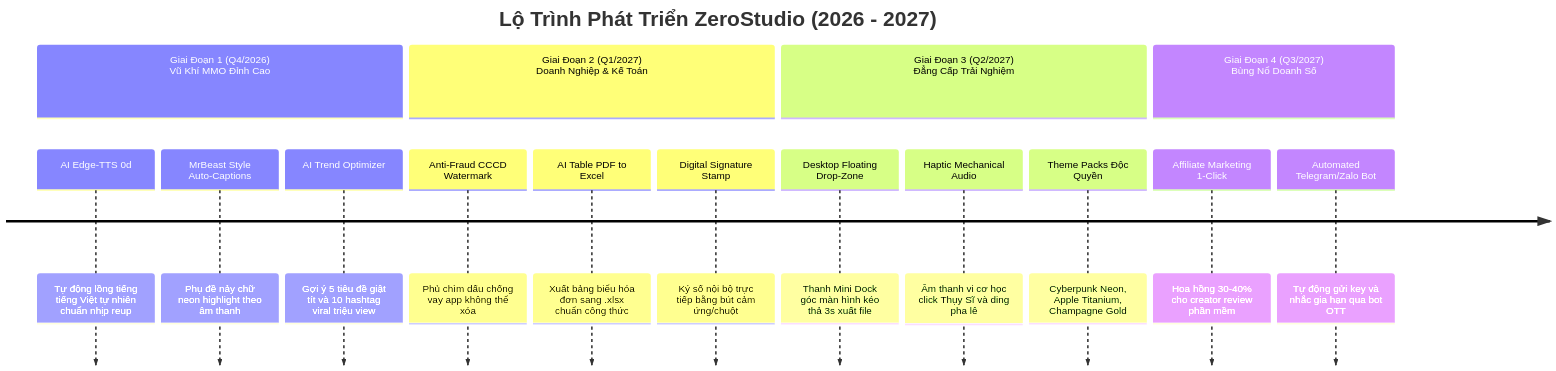
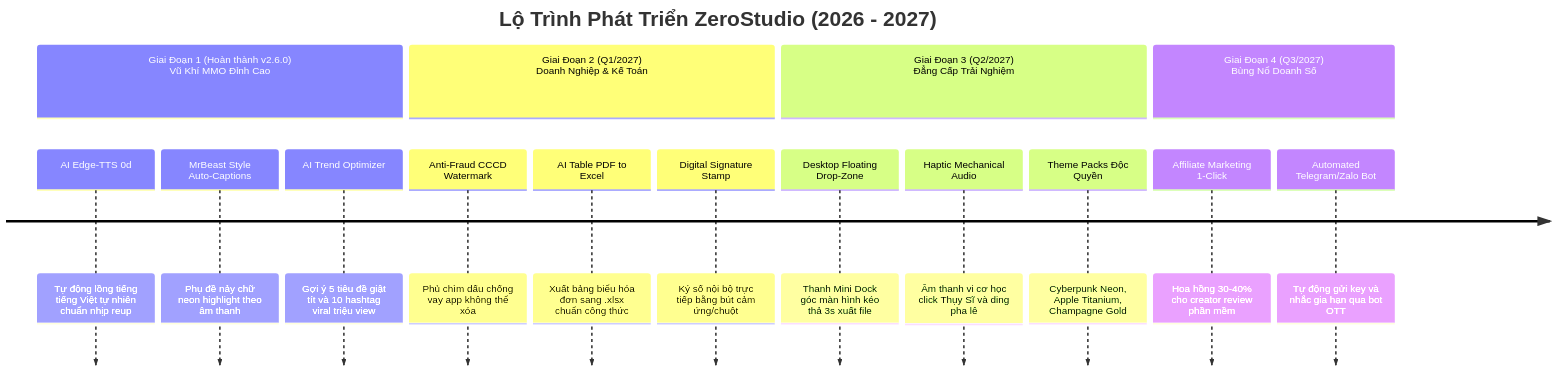
The diagram in ROADMAP.md (yungfishin/Zerostudio), drawn with Mermaid before and after one commit. The commit also changed other lines of this file and 7 other files, not shown here.

Commit message:
feat(v2.6.0): complete Roadmap Phase 1 MMO Viral Suite with Edge-TTS, MrBeast subtitles and AI Trend Optimizer

````diff
--- a/ROADMAP.md
+++ b/ROADMAP.md
@@ -29,19 +30,19 @@
 ```mermaid
 timeline
     title Lộ Trình Phát Triển ZeroStudio (2026 - 2027)
-    section Giai Đoạn 1 (Q4/2026)<br>Vũ Khí MMO Đỉnh Cao
+    section Giai Đoạn 1 (Hoàn thành v2.6.0)<br>Vũ Khí MMO Đỉnh Cao
         AI Edge-TTS 0d : Tự động lồng tiếng tiếng Việt tự nhiên chuẩn nhịp reup
         MrBeast Style Auto-Captions : Phụ đề nảy chữ neon highlight theo âm thanh
         AI Trend Optimizer : Gợi ý 5 tiêu đề giật tít và 10 hashtag viral triệu view
     section Giai Đoạn 2 (Q1/2027)<br>Doanh Nghiệp & Kế Toán
         Anti-Fraud CCCD Watermark : Phủ chìm dấu chống vay app không thể xóa
         AI Table PDF to Excel : Xuất bảng biểu hóa đơn sang .xlsx chuẩn công thức
         Digital Signature Stamp : Ký số nội bộ trực tiếp bằng bút cảm ứng/chuột
     section Giai Đoạn 3 (Q2/2027)<br>Đẳng Cấp Trải Nghiệm
         Desktop Floating Drop-Zone : Thanh Mini Dock góc màn hình kéo thả 3s xuất file
         Haptic Mechanical Audio : Âm thanh vi cơ học click Thụy Sĩ và ding pha lê
         Theme Packs Độc Quyền : Cyberpunk Neon, Apple Titanium, Champagne Gold
     section Giai Đoạn 4 (Q3/2027)<br>Bùng Nổ Doanh Số
         Affiliate Marketing 1-Click : Hoa hồng 30-40% cho creator review phần mềm
         Automated Telegram/Zalo Bot : Tự động gửi key và nhắc gia hạn qua bot OTT
 ```
````
